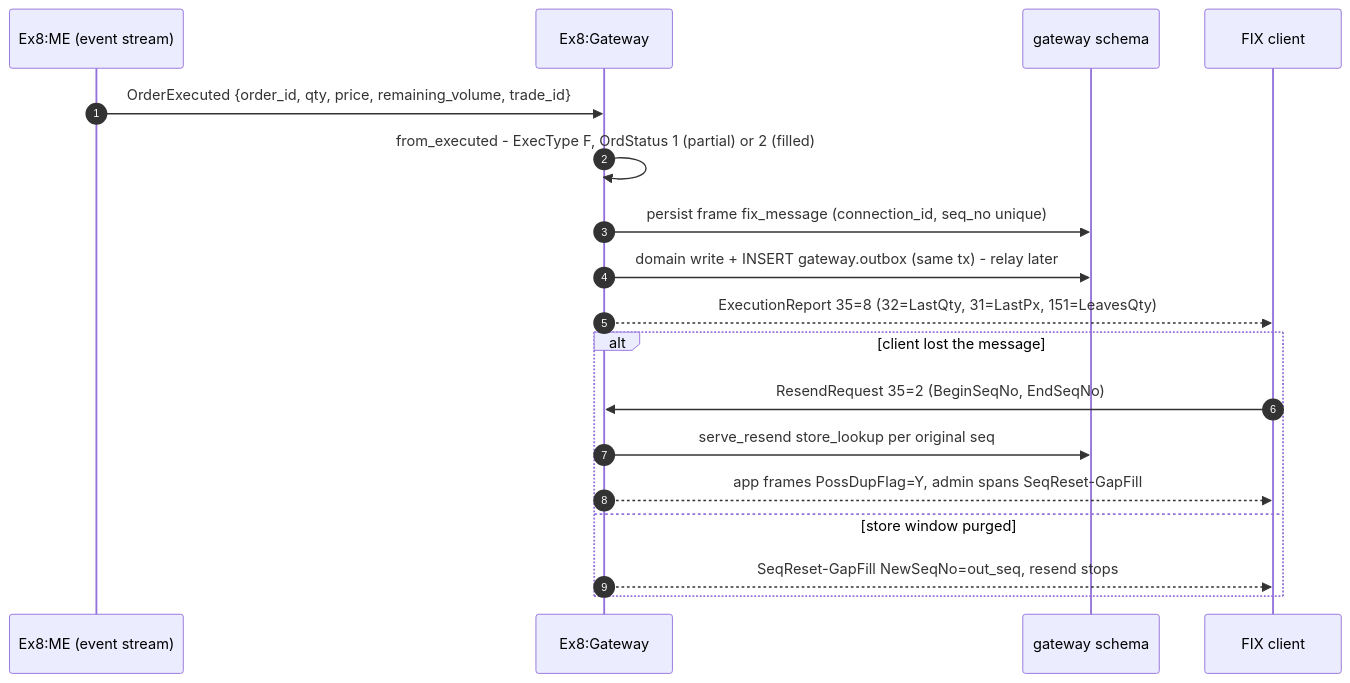
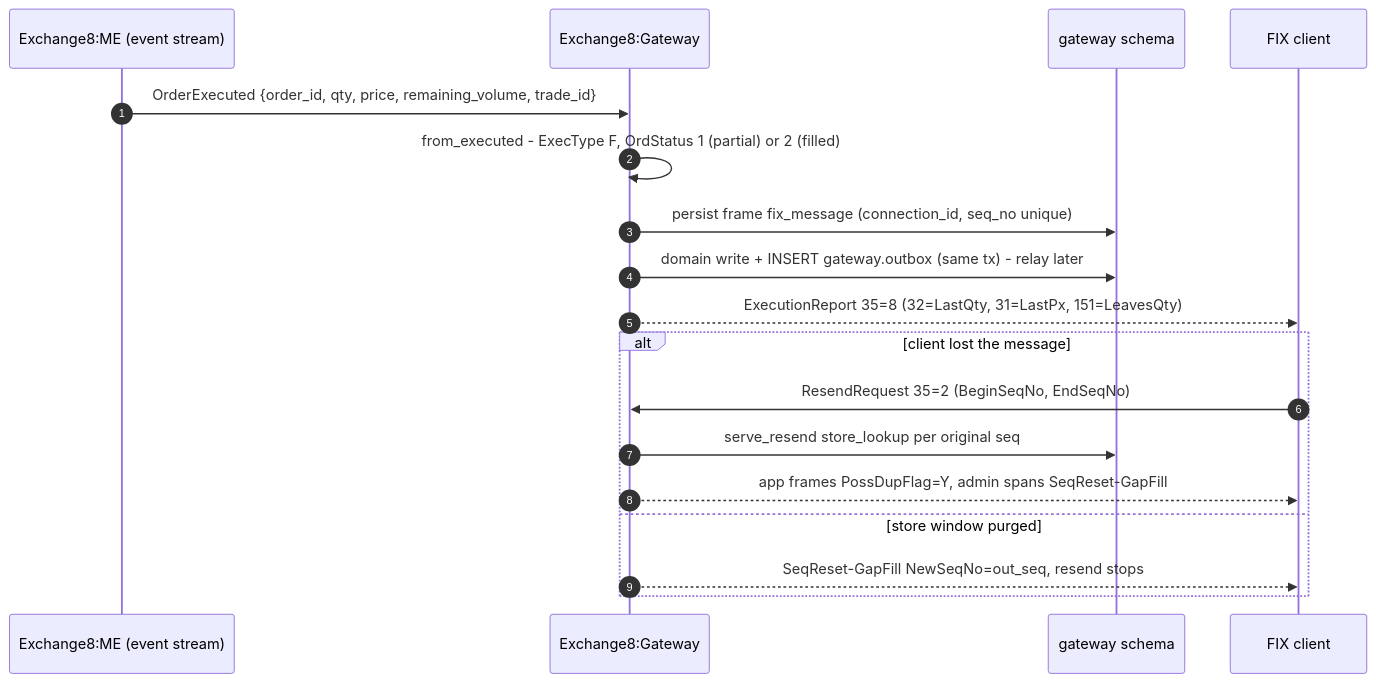
One commit to Exchange8-dev/exchange8-gateway changed the fifth of 14 diagrams in DESIGN.md. Above: the diagram before and after it, drawn with Mermaid. The commit also changed other lines of this file and 14 other files, not shown here.

````diff
--- a/DESIGN.md
+++ b/DESIGN.md
@@ -286,21 +286,21 @@
 ```mermaid
 sequenceDiagram
     autonumber
-    participant ME as Ex8:ME (event stream)
-    participant GW as Ex8:Gateway
+    participant ME as Exchange8:ME (event stream)
+    participant GW as Exchange8:Gateway
     participant DB as gateway schema
     participant C as FIX client
 
     ME->>GW: OrderExecuted {order_id, qty, price, remaining_volume, trade_id}
     GW->>GW: from_executed - ExecType F, OrdStatus 1 (partial) or 2 (filled)
     GW->>DB: persist frame fix_message (connection_id, seq_no unique)
     GW->>DB: domain write + INSERT gateway.outbox (same tx) - relay later
     GW-->>C: ExecutionReport 35=8 (32=LastQty, 31=LastPx, 151=LeavesQty)
     alt client lost the message
         C->>GW: ResendRequest 35=2 (BeginSeqNo, EndSeqNo)
         GW->>DB: serve_resend store_lookup per original seq
         GW-->>C: app frames PossDupFlag=Y, admin spans SeqReset-GapFill
     else store window purged
         GW-->>C: SeqReset-GapFill NewSeqNo=out_seq, resend stops
     end
 ```
````
